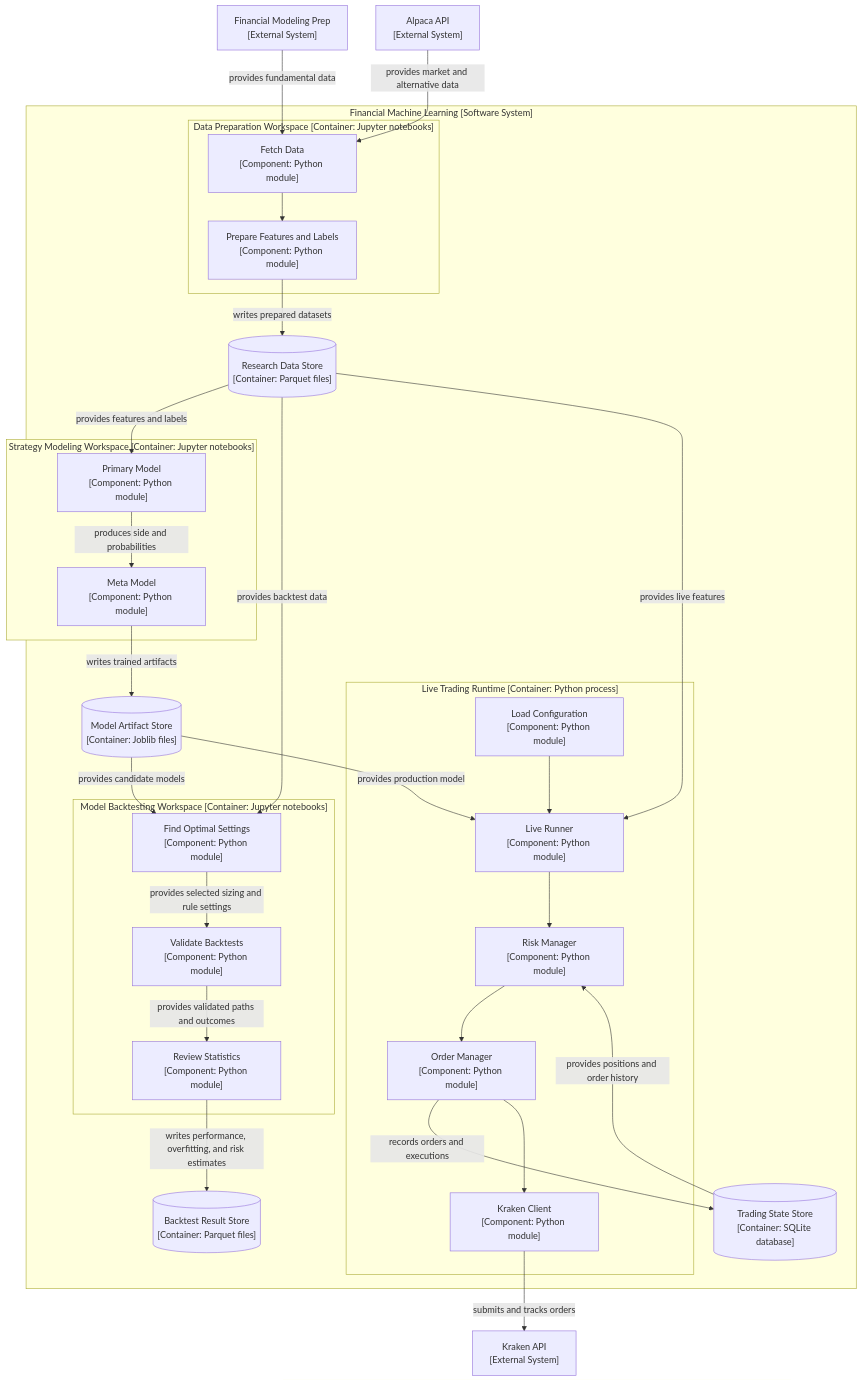
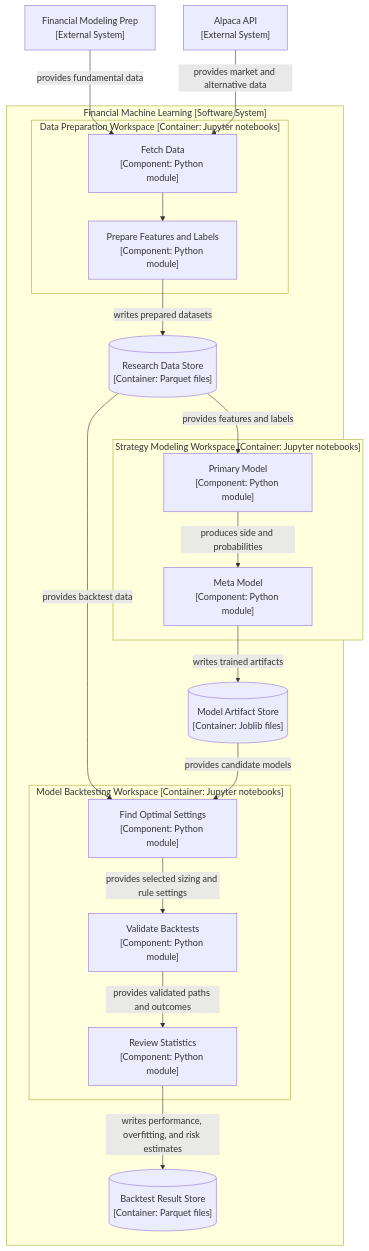
Before and after one commit to kwonjunhyuk9/financial-machine-learning: the third of 3 diagrams in docs/architecture.md, drawn with Mermaid. The commit also changed other lines of this file and 28 other files, not shown here.

Commit message:
Removed live trading workflow

````diff
--- a/docs/architecture.md
+++ b/docs/architecture.md
@@ -85,59 +72,41 @@
 ```mermaid
 flowchart TD
     fmp["Financial Modeling Prep<br/>[External System]"]
     alpaca["Alpaca API<br/>[External System]"]
-    kraken["Kraken API<br/>[External System]"]
 
     subgraph system["Financial Machine Learning [Software System]"]
         data_store[("Research Data Store<br/>[Container: Parquet files]")]
         model_store[("Model Artifact Store<br/>[Container: Joblib files]")]
         result_store[("Backtest Result Store<br/>[Container: Parquet files]")]
-        trading_state_store[("Trading State Store<br/>[Container: SQLite database]")]
 
         subgraph prep_workspace["Data Preparation Workspace [Container: Jupyter notebooks]"]
             fetch_data["Fetch Data<br/>[Component: Python module]"]
             prepare_data["Prepare Features and Labels<br/>[Component: Python module]"]
         end
 
         subgraph strategy_workspace["Strategy Modeling Workspace [Container: Jupyter notebooks]"]
             primary_model["Primary Model<br/>[Component: Python module]"]
             meta_model["Meta Model<br/>[Component: Python module]"]
         end
 
         subgraph backtest_workspace["Model Backtesting Workspace [Container: Jupyter notebooks]"]
             find_settings["Find Optimal Settings<br/>[Component: Python module]"]
             validate_backtests["Validate Backtests<br/>[Component: Python module]"]
             review_statistics["Review Statistics<br/>[Component: Python module]"]
         end
 
-        subgraph live_workspace["Live Trading Runtime [Container: Python process]"]
-            load_config["Load Configuration<br/>[Component: Python module]"]
-            live_runner["Live Runner<br/>[Component: Python module]"]
-            check_risk["Risk Manager<br/>[Component: Python module]"]
-            manage_orders["Order Manager<br/>[Component: Python module]"]
-            kraken_client["Kraken Client<br/>[Component: Python module]"]
-        end
     end
 
     fmp -->|" provides fundamental data "| fetch_data
     alpaca -->|" provides market and alternative data "| fetch_data
     fetch_data --> prepare_data
     prepare_data -->|" writes prepared datasets "| data_store
     data_store -->|" provides features and labels "| primary_model
     primary_model -->|" produces side and probabilities "| meta_model
     meta_model -->|" writes trained artifacts "| model_store
     data_store -->|" provides backtest data "| find_settings
     model_store -->|" provides candidate models "| find_settings
     find_settings -->|" provides selected sizing and rule settings "| validate_backtests
     validate_backtests -->|" provides validated paths and outcomes "| review_statistics
     review_statistics -->|" writes performance, overfitting, and risk estimates "| result_store
-    data_store -->|" provides live features "| live_runner
-    model_store -->|" provides production model "| live_runner
-    trading_state_store -->|" provides positions and order history "| check_risk
-    load_config --> live_runner
-    live_runner --> check_risk
-    check_risk --> manage_orders
-    manage_orders -->|" records orders and executions "| trading_state_store
-    manage_orders --> kraken_client
-    kraken_client -->|" submits and tracks orders "| kraken
 ```
````
